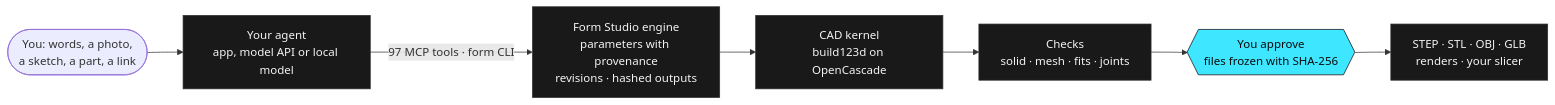
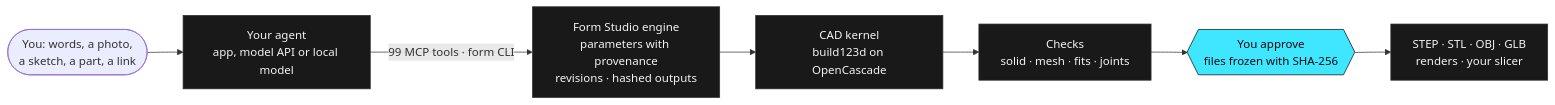
The diagram in README.md (kaizensx/form-studio), drawn with Mermaid before and after one commit. The commit also changed other lines of this file and 30 other files, not shown here.

````diff
--- a/README.md
+++ b/README.md
@@ -86,13 +86,13 @@
 ```mermaid
 flowchart LR
   you(["You: words, a photo,<br/>a sketch, a part, a link"]) --> agent["Your agent<br/>app, model API or local model"]
-  agent -- "97 MCP tools · form CLI" --> engine["Form Studio engine<br/>parameters with provenance<br/>revisions · hashed outputs"]
+  agent -- "99 MCP tools · form CLI" --> engine["Form Studio engine<br/>parameters with provenance<br/>revisions · hashed outputs"]
   engine --> kernel["CAD kernel<br/>build123d on OpenCascade"]
   kernel --> checks["Checks<br/>solid · mesh · fits · joints"]
   checks --> release{{"You approve<br/>files frozen with SHA-256"}}
   release --> out["STEP · STL · OBJ · GLB<br/>renders · your slicer"]
   classDef datum fill:#3ee6ff,stroke:#0b0b0c,color:#0b0b0c
   classDef plate fill:#19191a,stroke:#2f2f31,color:#f4f3f1
   class release datum
   class agent,engine,kernel,checks,out plate
 ```
````
